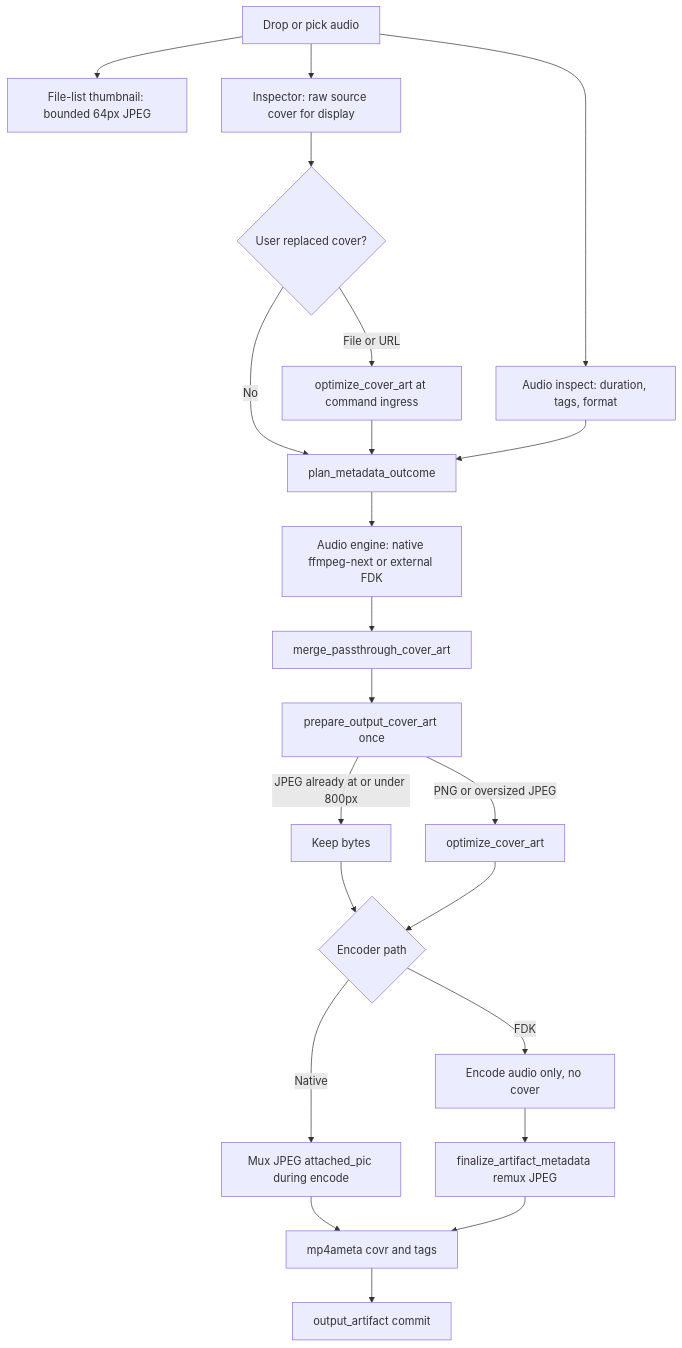
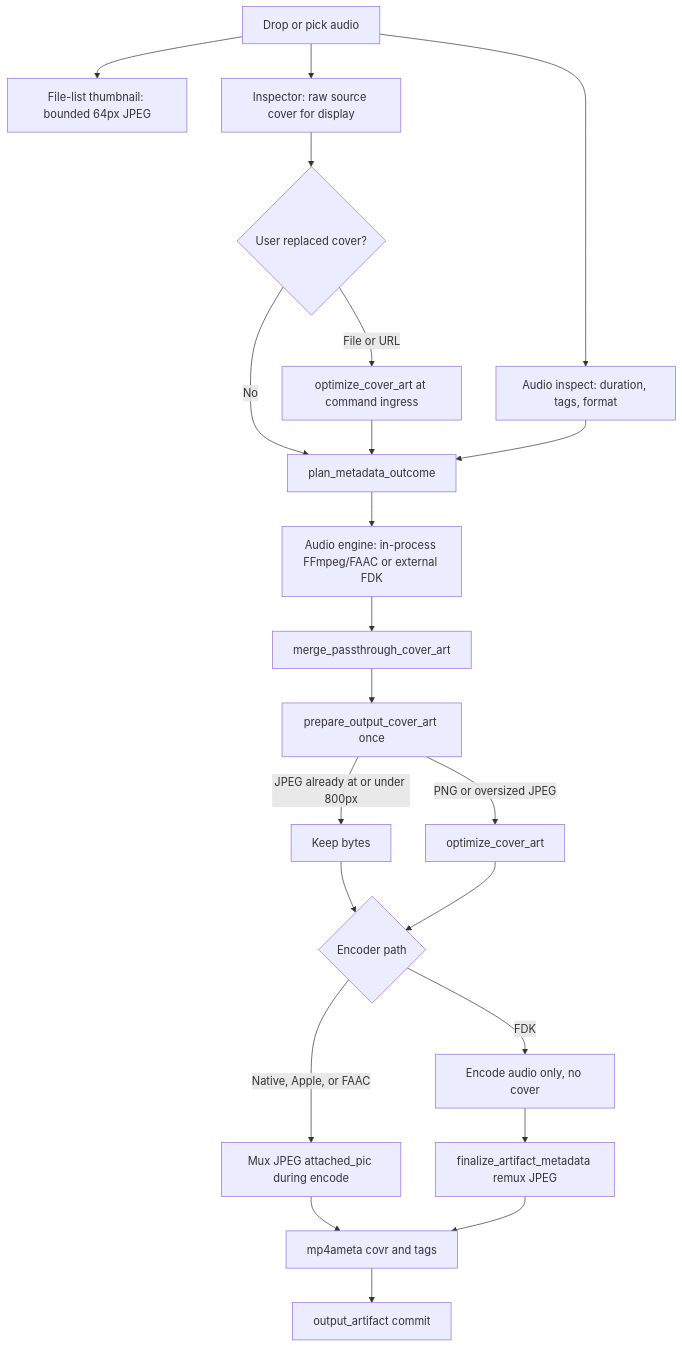
Before and after one commit to Allmight97/audiobook-boss: the diagram in docs/cover-art-processing.md, drawn with Mermaid. The commit also changed other lines of this file and 5 other files, not shown here.

````diff
--- a/docs/cover-art-processing.md
+++ b/docs/cover-art-processing.md
@@ -21,24 +22,24 @@
 ```mermaid
 flowchart TD
   drop[Drop or pick audio] --> inspect[Audio inspect: duration, tags, format]
   drop --> listThumb[File-list thumbnail: bounded 64px JPEG]
   drop --> hydrate[Inspector: raw source cover for display]
   hydrate --> intent{User replaced cover?}
   intent -->|File or URL| loadOpt[optimize_cover_art at command ingress]
   intent -->|No| plan[plan_metadata_outcome]
   loadOpt --> plan
   inspect --> plan
-  plan --> engine[Audio engine: native ffmpeg-next or external FDK]
+  plan --> engine[Audio engine: in-process FFmpeg/FAAC or external FDK]
   engine --> merge[merge_passthrough_cover_art]
   merge --> prep[prepare_output_cover_art once]
   prep -->|JPEG already at or under 800px| keep[Keep bytes]
   prep -->|PNG or oversized JPEG| jpeg[optimize_cover_art]
   keep --> sinks{Encoder path}
   jpeg --> sinks
-  sinks -->|Native| mux[Mux JPEG attached_pic during encode]
+  sinks -->|Native, Apple, or FAAC| mux[Mux JPEG attached_pic during encode]
   sinks -->|FDK| encode[Encode audio only, no cover]
   encode --> remux[finalize_artifact_metadata remux JPEG]
   mux --> mp4[mp4ameta covr and tags]
   remux --> mp4
   mp4 --> commit[output_artifact commit]
 ```
````
